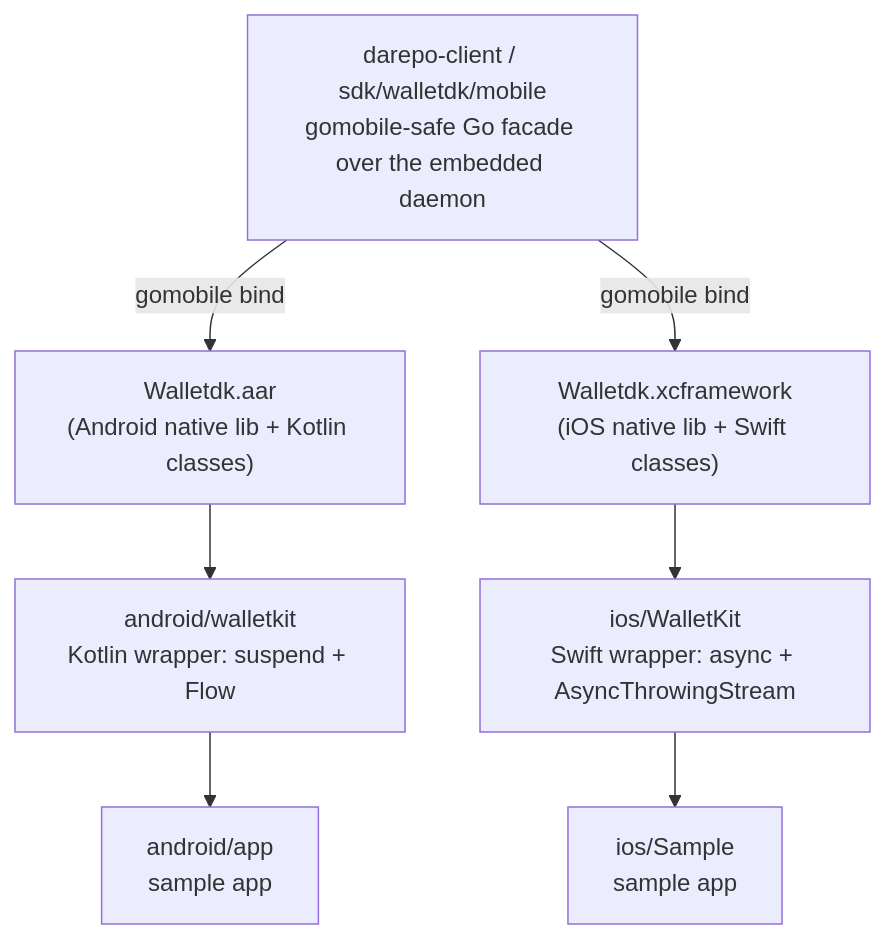
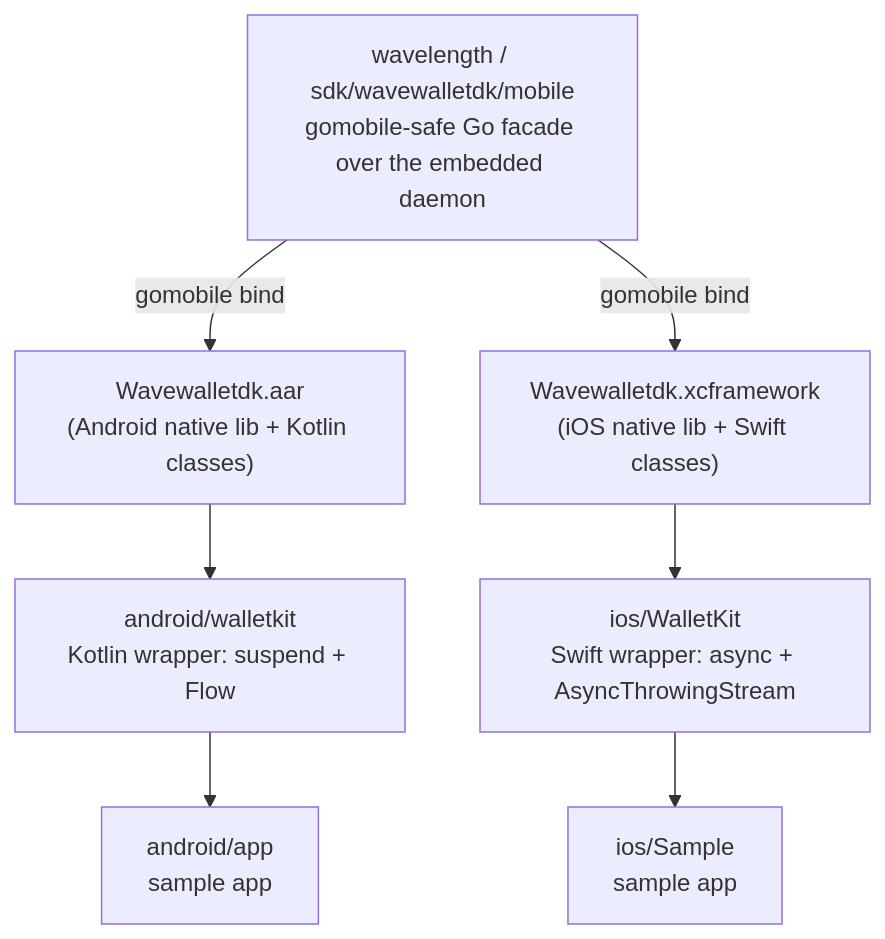
The diagram in README.md (lightninglabs/wavelength-mobile), drawn with Mermaid before and after one commit. The commit also changed other lines of this file and 29 other files, not shown here.

````diff
--- a/README.md
+++ b/README.md
@@ -15,17 +15,17 @@
 ```mermaid
 flowchart TD
-    SDK["darepo-client / sdk/walletdk/mobile<br/>gomobile-safe Go facade over the embedded daemon"]
-    AAR["Walletdk.aar<br/>(Android native lib + Kotlin classes)"]
-    XCF["Walletdk.xcframework<br/>(iOS native lib + Swift classes)"]
+    SDK["wavelength / sdk/wavewalletdk/mobile<br/>gomobile-safe Go facade over the embedded daemon"]
+    AAR["Wavewalletdk.aar<br/>(Android native lib + Kotlin classes)"]
+    XCF["Wavewalletdk.xcframework<br/>(iOS native lib + Swift classes)"]
     KT["android/walletkit<br/>Kotlin wrapper: suspend + Flow"]
     SW["ios/WalletKit<br/>Swift wrapper: async + AsyncThrowingStream"]
     APP_A["android/app<br/>sample app"]
     APP_I["ios/Sample<br/>sample app"]
 
     SDK -->|gomobile bind| AAR
     SDK -->|gomobile bind| XCF
     AAR --> KT
     XCF --> SW
     KT --> APP_A
     SW --> APP_I
 ```
````
